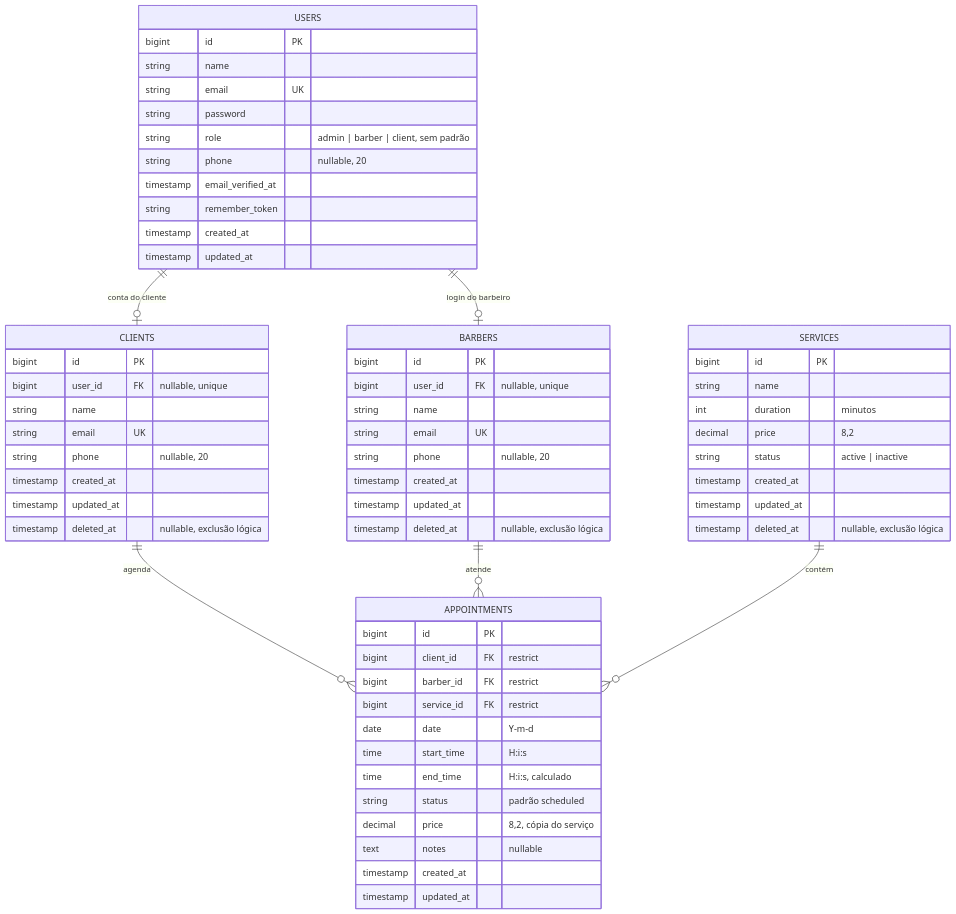
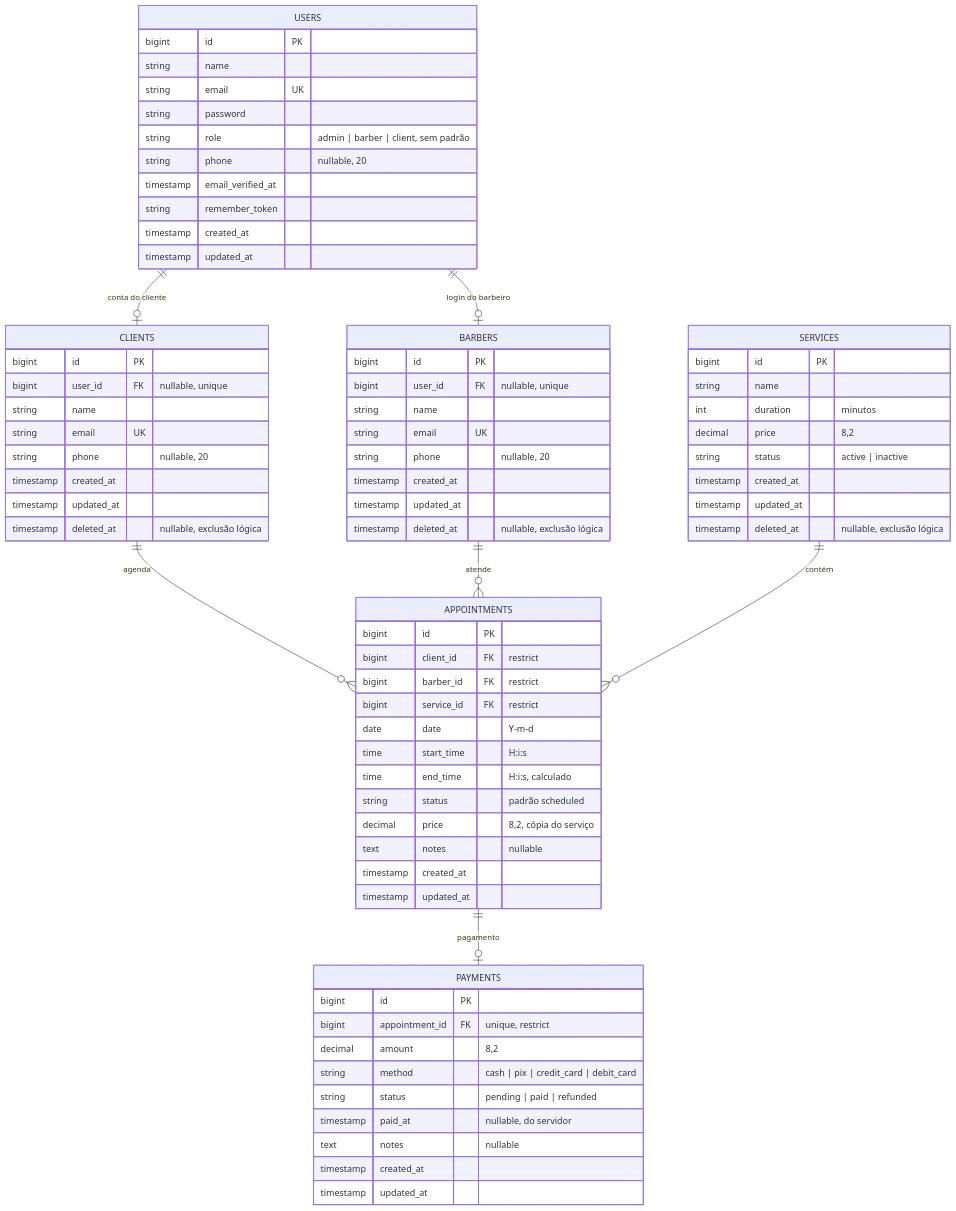
The first of 2 diagrams in docs/ARQUITETURA.md (josecoene/barber-shop), drawn with Mermaid before and after one commit. The commit also changed other lines of this file and 4 other files, not shown here.

````diff
--- a/docs/ARQUITETURA.md
+++ b/docs/ARQUITETURA.md
@@ -244,64 +300,76 @@
 ```mermaid
 erDiagram
     USERS ||--o| BARBERS : "login do barbeiro"
     USERS ||--o| CLIENTS : "conta do cliente"
     CLIENTS ||--o{ APPOINTMENTS : agenda
     BARBERS ||--o{ APPOINTMENTS : atende
     SERVICES ||--o{ APPOINTMENTS : contém
+    APPOINTMENTS ||--o| PAYMENTS : "pagamento"
+    PAYMENTS {
+        bigint id PK
+        bigint appointment_id FK "unique, restrict"
+        decimal amount "8,2"
+        string method "cash | pix | credit_card | debit_card"
+        string status "pending | paid | refunded"
+        timestamp paid_at "nullable, do servidor"
+        text notes "nullable"
+        timestamp created_at
+        timestamp updated_at
+    }
     APPOINTMENTS {
         bigint id PK
         bigint client_id FK "restrict"
         bigint barber_id FK "restrict"
         bigint service_id FK "restrict"
         date date "Y-m-d"
         time start_time "H:i:s"
         time end_time "H:i:s, calculado"
         string status "padrão scheduled"
         decimal price "8,2, cópia do serviço"
         text notes "nullable"
         timestamp created_at
         timestamp updated_at
     }
     SERVICES {
         bigint id PK
         string name
         int duration "minutos"
         decimal price "8,2"
         string status "active | inactive"
         timestamp created_at
         timestamp updated_at
         timestamp deleted_at "nullable, exclusão lógica"
     }
     CLIENTS {
         bigint id PK
         bigint user_id FK "nullable, unique"
         string name
         string email UK
         string phone "nullable, 20"
         timestamp created_at
         timestamp updated_at
         timestamp deleted_at "nullable, exclusão lógica"
     }
     BARBERS {
         bigint id PK
         bigint user_id FK "nullable, unique"
         string name
         string email UK
         string phone "nullable, 20"
         timestamp created_at
         timestamp updated_at
         timestamp deleted_at "nullable, exclusão lógica"
     }
     USERS {
         bigint id PK
         string name
         string email UK
         string password
         string role "admin | barber | client, sem padrão"
         string phone "nullable, 20"
         timestamp email_verified_at
         string remember_token
         timestamp created_at
         timestamp updated_at
     }
 ```
````
